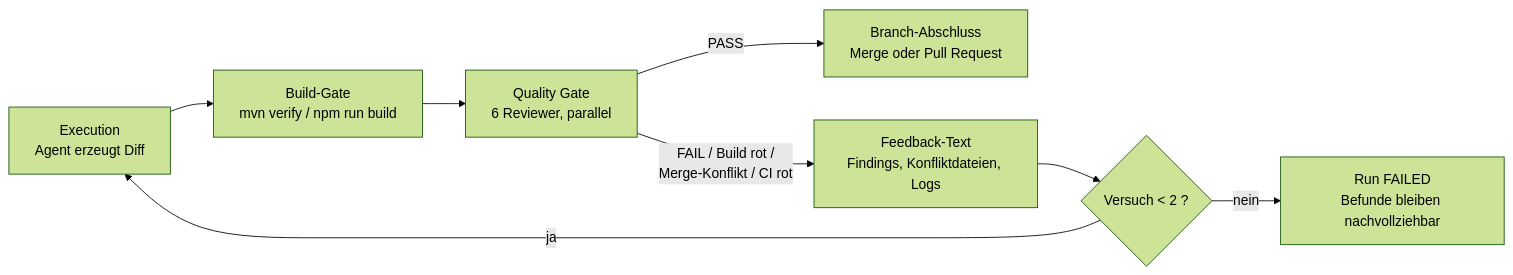
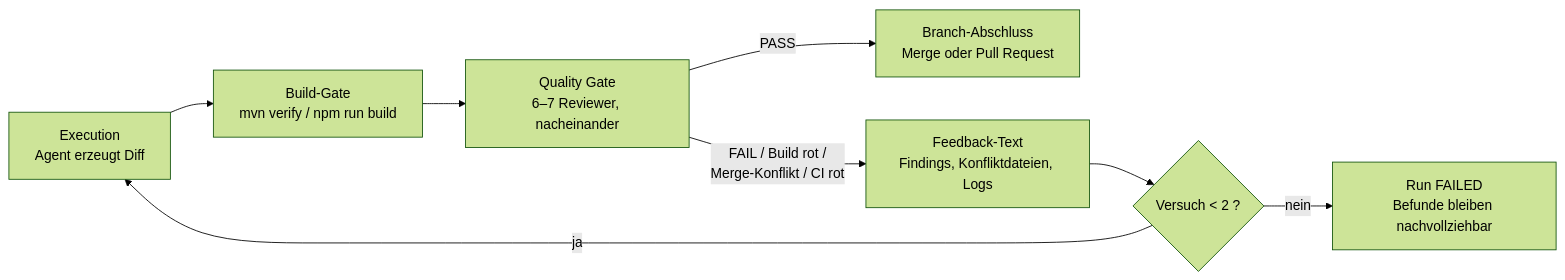
Before and after one commit to mjanda0815/agentic-publikation: the diagram in abbildungen/abb30.mmd, drawn with Mermaid (forest theme). The commit also changed 57 other files, not shown here.

```diff
--- a/abbildungen/abb30.mmd
+++ b/abbildungen/abb30.mmd
@@ -1,8 +1,8 @@
 flowchart LR
     EX["Execution<br/>Agent erzeugt Diff"] --> BUILD["Build-Gate<br/>mvn verify / npm run build"]
-    BUILD --> GATE["Quality Gate<br/>6 Reviewer, parallel"]
+    BUILD --> GATE["Quality Gate<br/>6–7 Reviewer, nacheinander"]
     GATE -->|PASS| MERGE["Branch-Abschluss<br/>Merge oder Pull Request"]
     GATE -->|"FAIL / Build rot /<br/>Merge-Konflikt / CI rot"| FB["Feedback-Text<br/>Findings, Konfliktdateien, Logs"]
     FB --> COUNT{"Versuch &lt; 2 ?"}
     COUNT -->|ja| EX
     COUNT -->|nein| FAILED["Run FAILED<br/>Befunde bleiben nachvollziehbar"]
```
